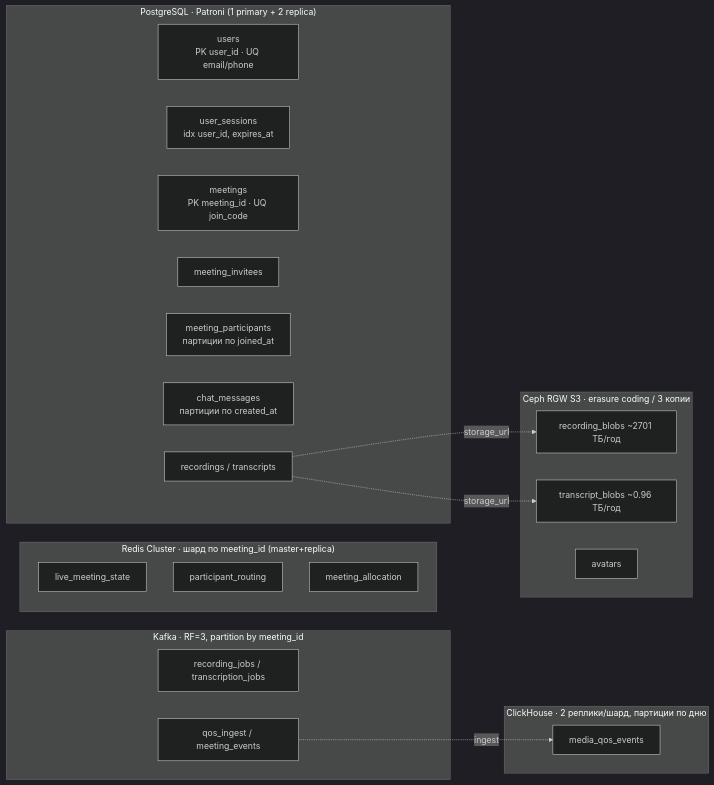
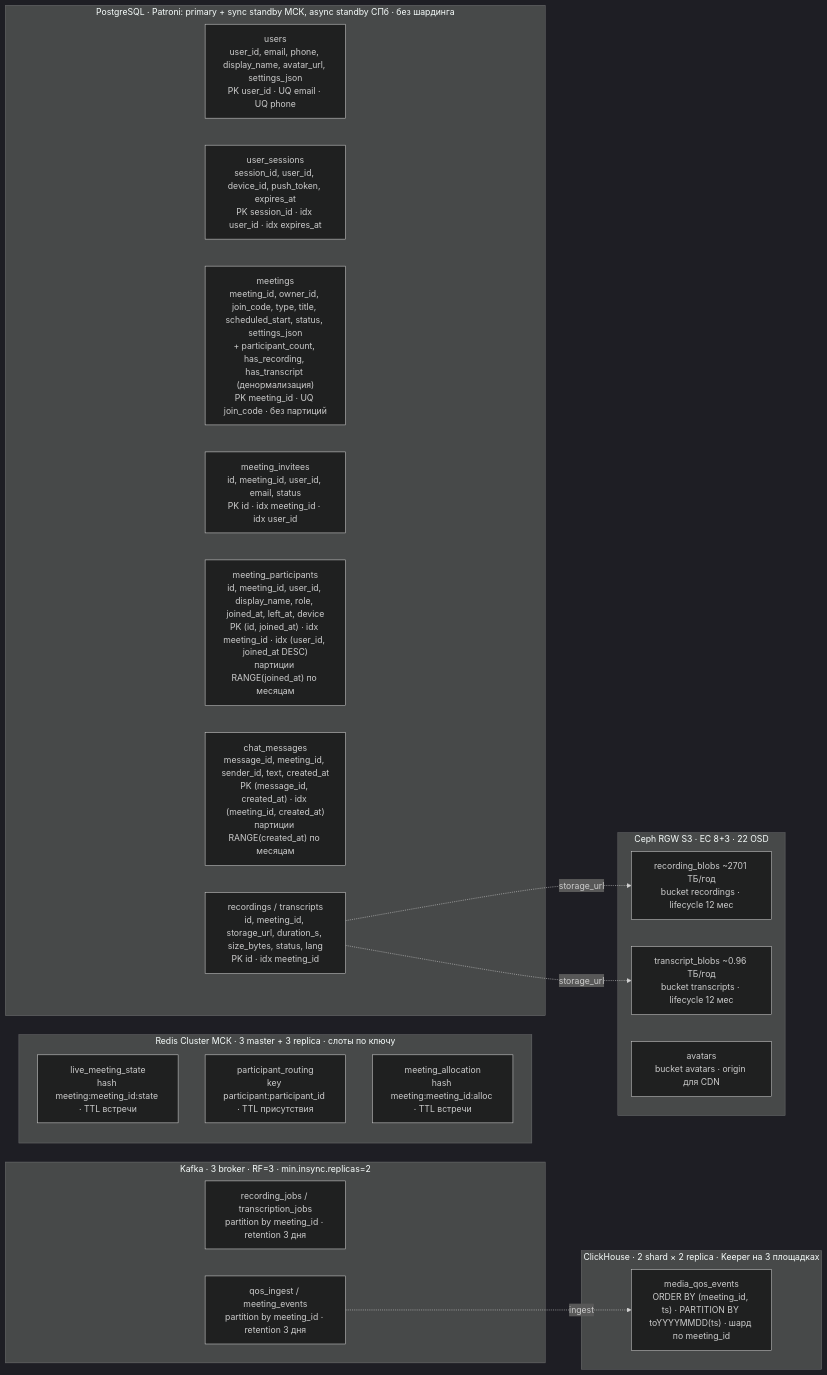
The fourth of 5 diagrams in README.md (armishev/highload_course_project), drawn with Mermaid (dark theme) before and after one commit. The commit also changed other lines of this file, not shown here.

````diff
--- a/README.md
+++ b/README.md
@@ -916,33 +1011,33 @@
 ```mermaid
 flowchart LR
-    subgraph PG["PostgreSQL · Patroni (1 primary + 2 replica)"]
-        T1["users<br/>PK user_id · UQ email/phone"]
-        T2["user_sessions<br/>idx user_id, expires_at"]
-        T3["meetings<br/>PK meeting_id · UQ join_code"]
-        T4["meeting_invitees"]
-        T5["meeting_participants<br/>партиции по joined_at"]
-        T6["chat_messages<br/>партиции по created_at"]
-        T7["recordings / transcripts"]
+    subgraph PG["PostgreSQL · Patroni: primary + sync standby МСК, async standby СПб · без шардинга"]
+        T1["users<br/>user_id, email, phone, display_name, avatar_url, settings_json<br/>PK user_id · UQ email · UQ phone"]
+        T2["user_sessions<br/>session_id, user_id, device_id, push_token, expires_at<br/>PK session_id · idx user_id · idx expires_at"]
+        T3["meetings<br/>meeting_id, owner_id, join_code, type, title, scheduled_start, status, settings_json<br/>+ participant_count, has_recording, has_transcript (денормализация)<br/>PK meeting_id · UQ join_code · без партиций"]
+        T4["meeting_invitees<br/>id, meeting_id, user_id, email, status<br/>PK id · idx meeting_id · idx user_id"]
+        T5["meeting_participants<br/>id, meeting_id, user_id, display_name, role, joined_at, left_at, device<br/>PK (id, joined_at) · idx meeting_id · idx (user_id, joined_at DESC)<br/>партиции RANGE(joined_at) по месяцам"]
+        T6["chat_messages<br/>message_id, meeting_id, sender_id, text, created_at<br/>PK (message_id, created_at) · idx (meeting_id, created_at)<br/>партиции RANGE(created_at) по месяцам"]
+        T7["recordings / transcripts<br/>id, meeting_id, storage_url, duration_s, size_bytes, status, lang<br/>PK id · idx meeting_id"]
     end
-    subgraph RD["Redis Cluster · шард по meeting_id (master+replica)"]
-        R1["live_meeting_state"]
-        R2["participant_routing"]
-        R3["meeting_allocation"]
+    subgraph RD["Redis Cluster МСК · 3 master + 3 replica · слоты по ключу"]
+        R1["live_meeting_state<br/>hash meeting:meeting_id:state · TTL встречи"]
+        R2["participant_routing<br/>key participant:participant_id · TTL присутствия"]
+        R3["meeting_allocation<br/>hash meeting:meeting_id:alloc · TTL встречи"]
     end
-    subgraph CH["ClickHouse · 2 реплики/шард, партиции по дню"]
-        C1["media_qos_events"]
+    subgraph CH["ClickHouse · 2 shard × 2 replica · Keeper на 3 площадках"]
+        C1["media_qos_events<br/>ORDER BY (meeting_id, ts) · PARTITION BY toYYYYMMDD(ts) · шард по meeting_id"]
     end
-    subgraph OS["Ceph RGW S3 · erasure coding / 3 копии"]
-        O1["recording_blobs ~2701 ТБ/год"]
-        O2["transcript_blobs ~0.96 ТБ/год"]
-        O3["avatars"]
+    subgraph OS["Ceph RGW S3 · EC 8+3 · 22 OSD"]
+        O1["recording_blobs ~2701 ТБ/год<br/>bucket recordings · lifecycle 12 мес"]
+        O2["transcript_blobs ~0.96 ТБ/год<br/>bucket transcripts · lifecycle 12 мес"]
+        O3["avatars<br/>bucket avatars · origin для CDN"]
     end
-    subgraph KF["Kafka · RF=3, partition by meeting_id"]
-        K1["recording_jobs / transcription_jobs"]
-        K2["qos_ingest / meeting_events"]
+    subgraph KF["Kafka · 3 broker · RF=3 · min.insync.replicas=2"]
+        K1["recording_jobs / transcription_jobs<br/>partition by meeting_id · retention 3 дня"]
+        K2["qos_ingest / meeting_events<br/>partition by meeting_id · retention 3 дня"]
     end
 
     T7 -. "storage_url" .-> O1
     T7 -. "storage_url" .-> O2
     K2 -. "ingest" .-> C1
 ```
````
